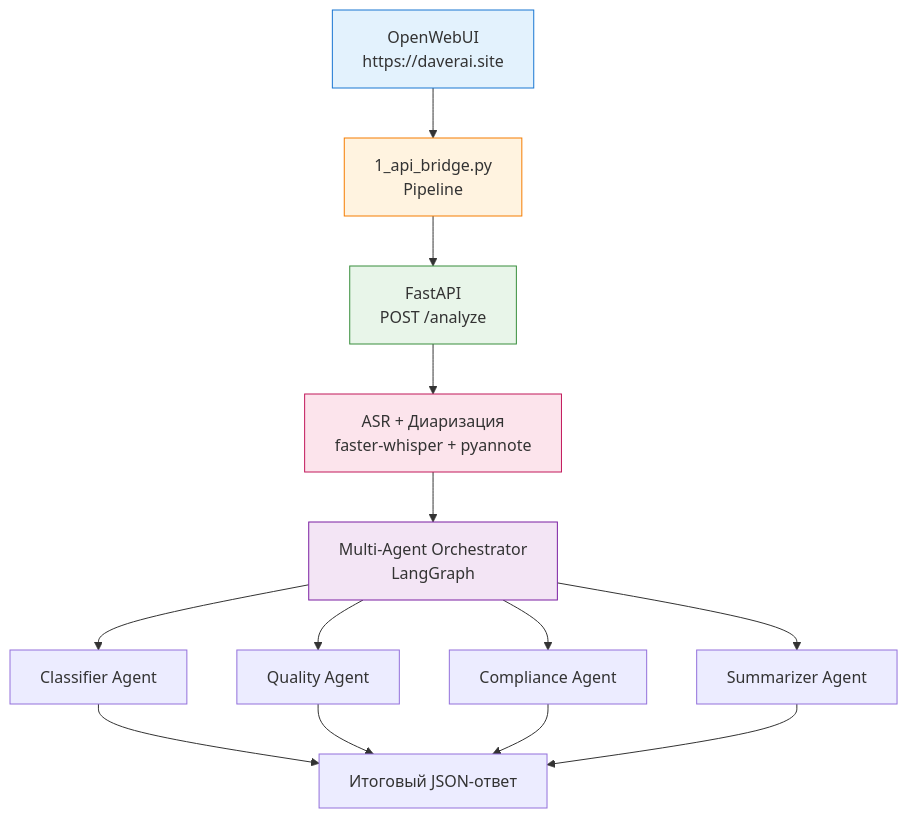
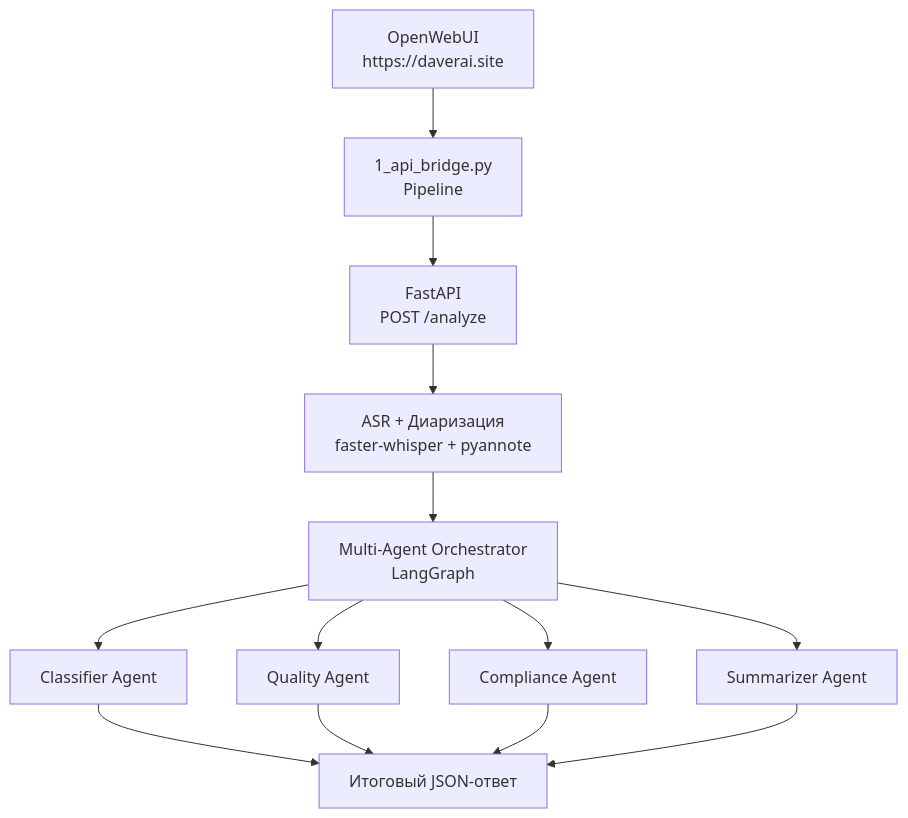
The diagram in README.md (daverinc/mtbank-ai-hiring), drawn with Mermaid before and after one commit. The commit also changed other lines of this file, not shown here.

````diff
--- a/README.md
+++ b/README.md
@@ -129,24 +16,12 @@
 ```mermaid
 flowchart TD
     A[OpenWebUI<br/>https://daverai.site] --> B[1_api_bridge.py<br/>Pipeline]
     B --> C[FastAPI<br/>POST /analyze]
-    
     C --> D[ASR + Диаризация<br/>faster-whisper + pyannote]
     D --> E[Multi-Agent Orchestrator<br/>LangGraph]
-    
     E --> F[Classifier Agent]
     E --> G[Quality Agent]
     E --> H[Compliance Agent]
     E --> I[Summarizer Agent]
-    
-    F --> J[Итоговый JSON-ответ]
-    G --> J
-    H --> J
-    I --> J
-
-    style A fill:#e3f2fd,stroke:#1976d2
-    style B fill:#fff3e0,stroke:#f57c00
-    style C fill:#e8f5e9,stroke:#388e3c
-    style D fill:#fce4ec,stroke:#c2185b
-    style E fill:#f3e5f5,stroke:#7b1fa2
+    F & G & H & I --> J[Итоговый JSON-ответ]
 ```
````
